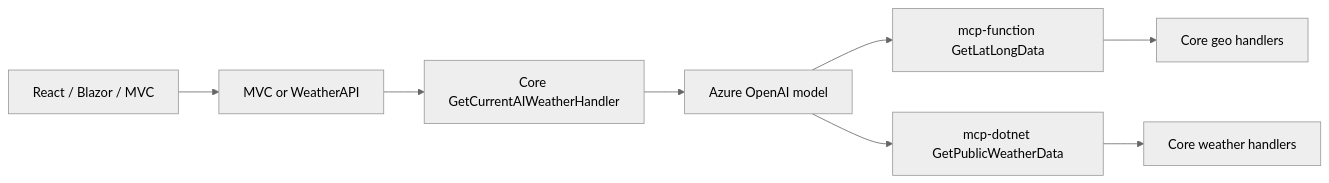
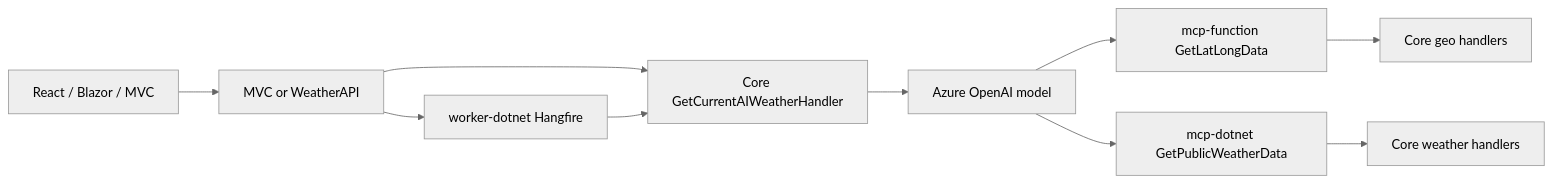
One commit to dustinkorzaan/weather-1116 changed the diagram in README.md. Above: the diagram before and after it, drawn with Mermaid (neutral theme).

Commit message:
Add worker to README AI Weather flowchart
Show API/MVC enqueueing Hangfire jobs to worker-dotnet, which dispatches
back through Core handlers alongside the direct AI weather path.

````diff
--- a/README.md
+++ b/README.md
@@ -21,19 +21,22 @@
 ```mermaid
 flowchart LR
   UI[React / Blazor / MVC]
   API[MVC or WeatherAPI]
   Core[Core GetCurrentAIWeatherHandler]
+  Worker[worker-dotnet Hangfire]
   Model[Azure OpenAI model]
   McpFunc[mcp-function GetLatLongData]
   McpDotNet[mcp-dotnet GetPublicWeatherData]
   CoreGeo[Core geo handlers]
   CoreWx[Core weather handlers]
 
   UI --> API
   API --> Core
+  API --> Worker
+  Worker --> Core
   Core --> Model
   Model --> McpFunc
   Model --> McpDotNet
   McpFunc --> CoreGeo
   McpDotNet --> CoreWx
 ```
````
